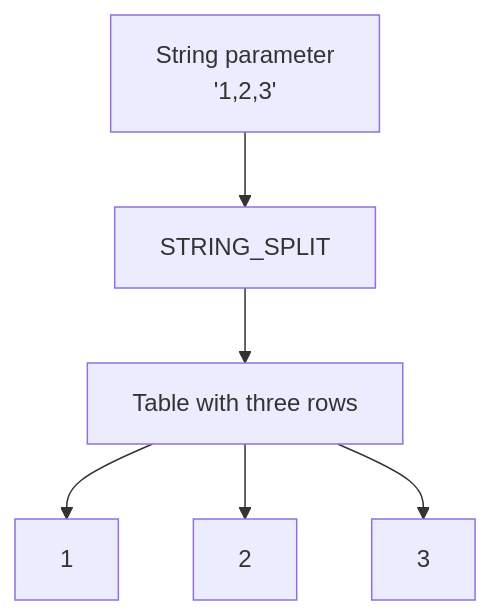
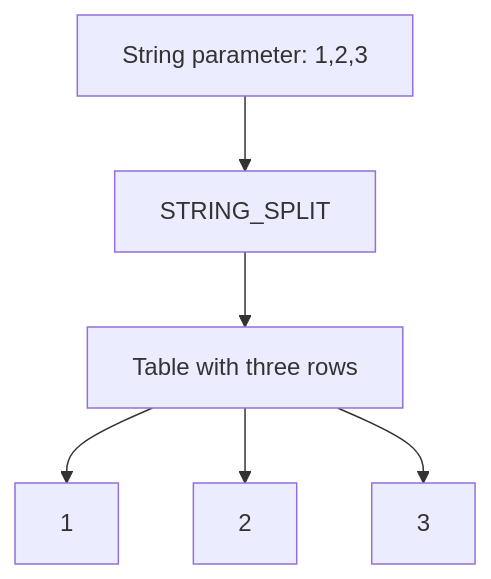
Before and after one commit to tjovic/database-design-labs-public: the third of 5 diagrams in labs/lab08-complex-parameters.md, drawn with Mermaid. The commit also changed other lines of this file, not shown here.

````diff
--- a/labs/lab08-complex-parameters.md
+++ b/labs/lab08-complex-parameters.md
@@ -545,8 +541,8 @@
 ```mermaid
 flowchart TD
-    A["String parameter<br/>'1,2,3'"] --> B["STRING_SPLIT"]
+    A["String parameter: 1,2,3"] --> B["STRING_SPLIT"]
     B --> C["Table with three rows"]
     C --> D["1"]
     C --> E["2"]
     C --> F["3"]
 ```
````
